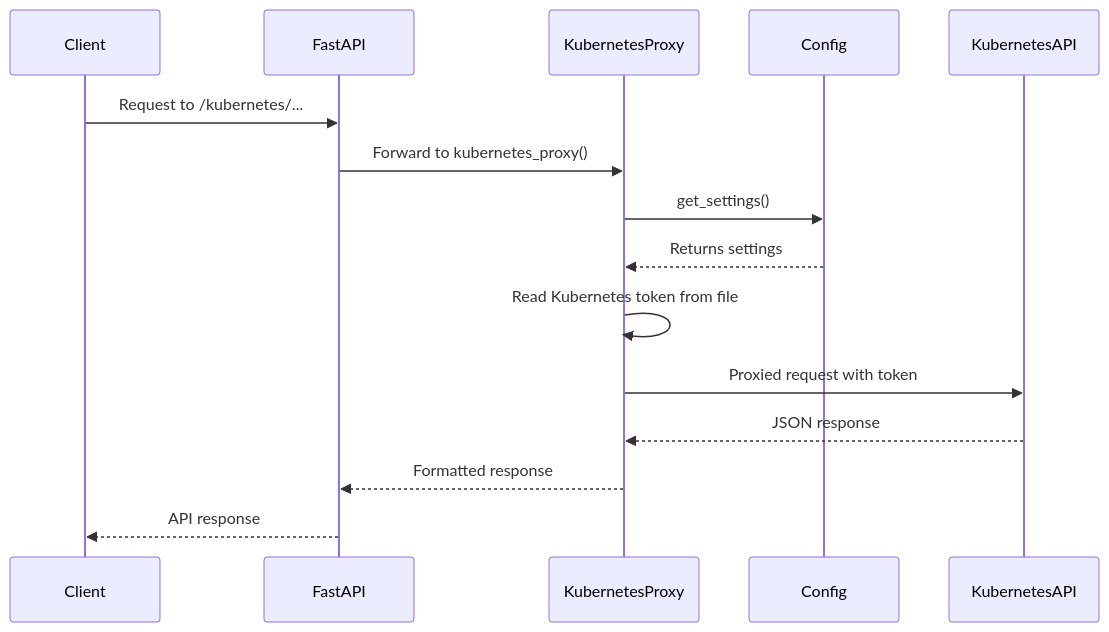
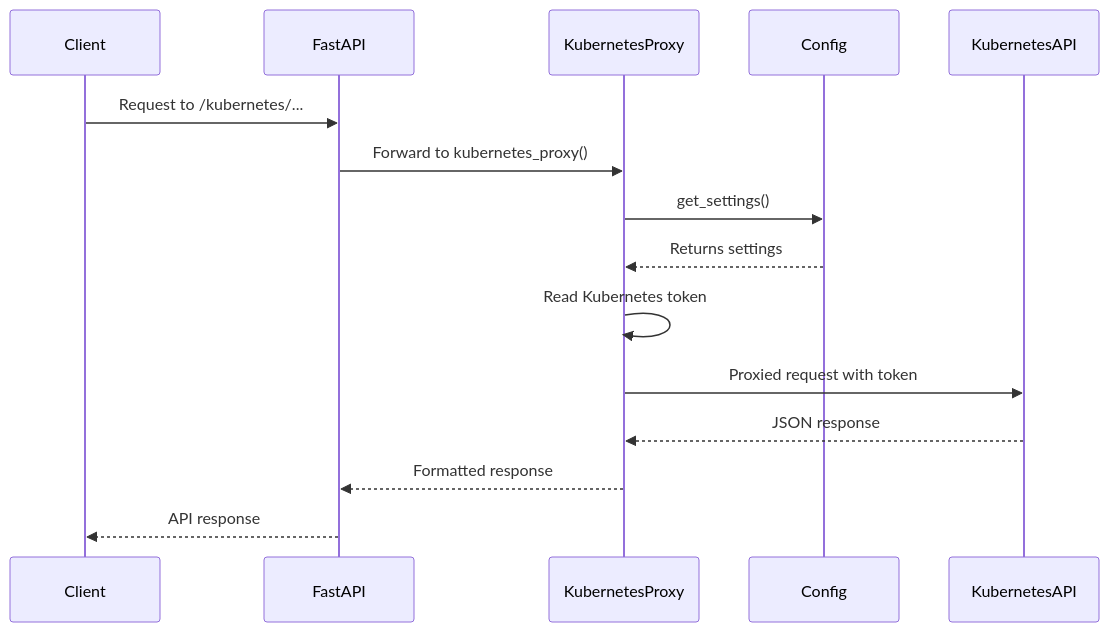
One commit to lloydchang/tvp-k8s changed the fourth of 9 diagrams in README.md. Above: the diagram before and after it, drawn with Mermaid.

````diff
--- a/README.md
+++ b/README.md
@@ -250,20 +250,20 @@
 ```mermaid
 sequenceDiagram
     participant Client
     participant FastAPI
     participant KubernetesProxy
     participant Config
     participant KubernetesAPI
     
     Client->>FastAPI: Request to /kubernetes/...
     FastAPI->>KubernetesProxy: Forward to kubernetes_proxy()
     KubernetesProxy->>Config: get_settings()
     Config-->>KubernetesProxy: Returns settings
     
-    KubernetesProxy->>KubernetesProxy: Read Kubernetes token from file
+    KubernetesProxy->>KubernetesProxy: Read Kubernetes token
     KubernetesProxy->>KubernetesAPI: Proxied request with token
     KubernetesAPI-->>KubernetesProxy: JSON response
     KubernetesProxy-->>FastAPI: Formatted response
     FastAPI-->>Client: API response
 
 ```
````
